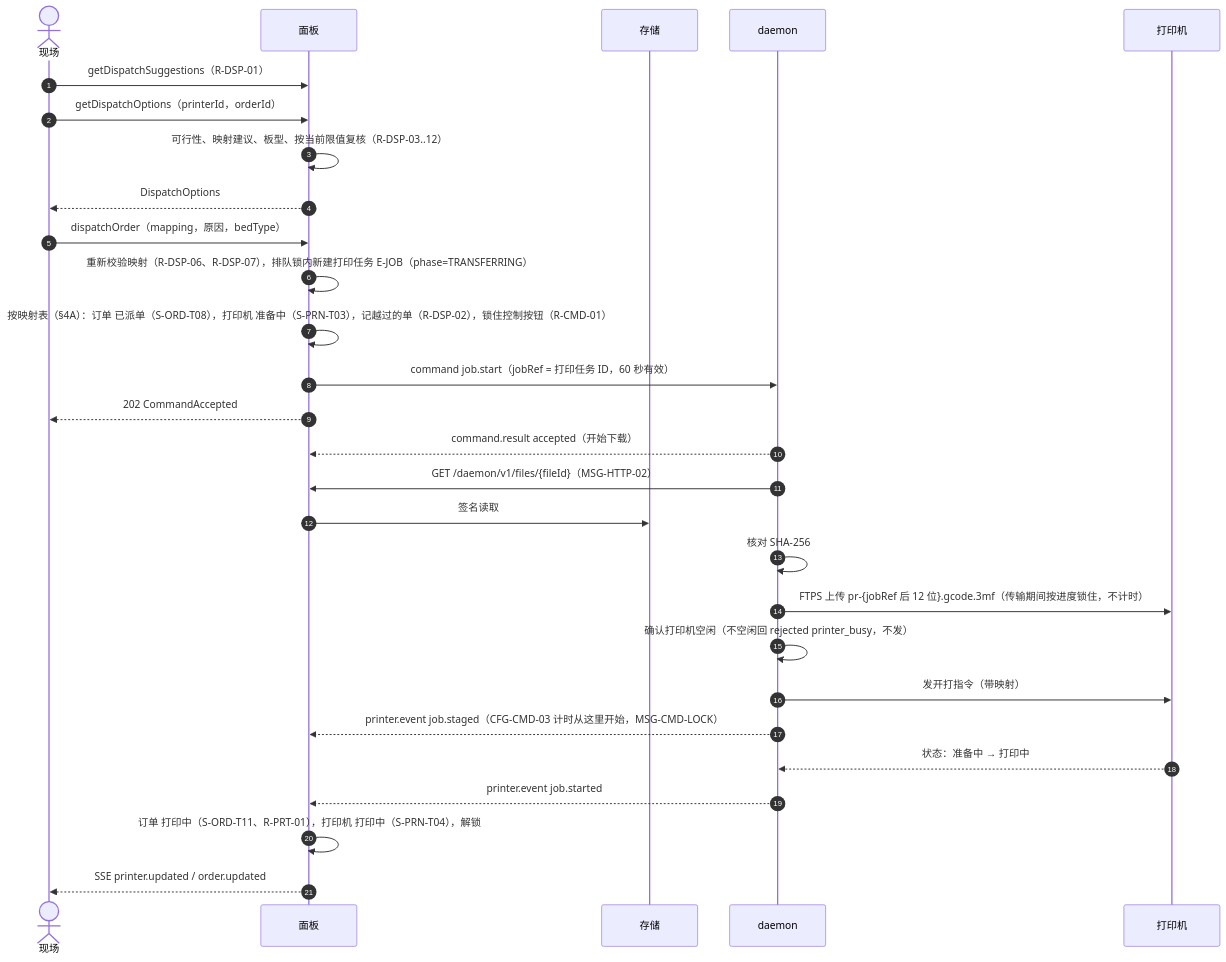
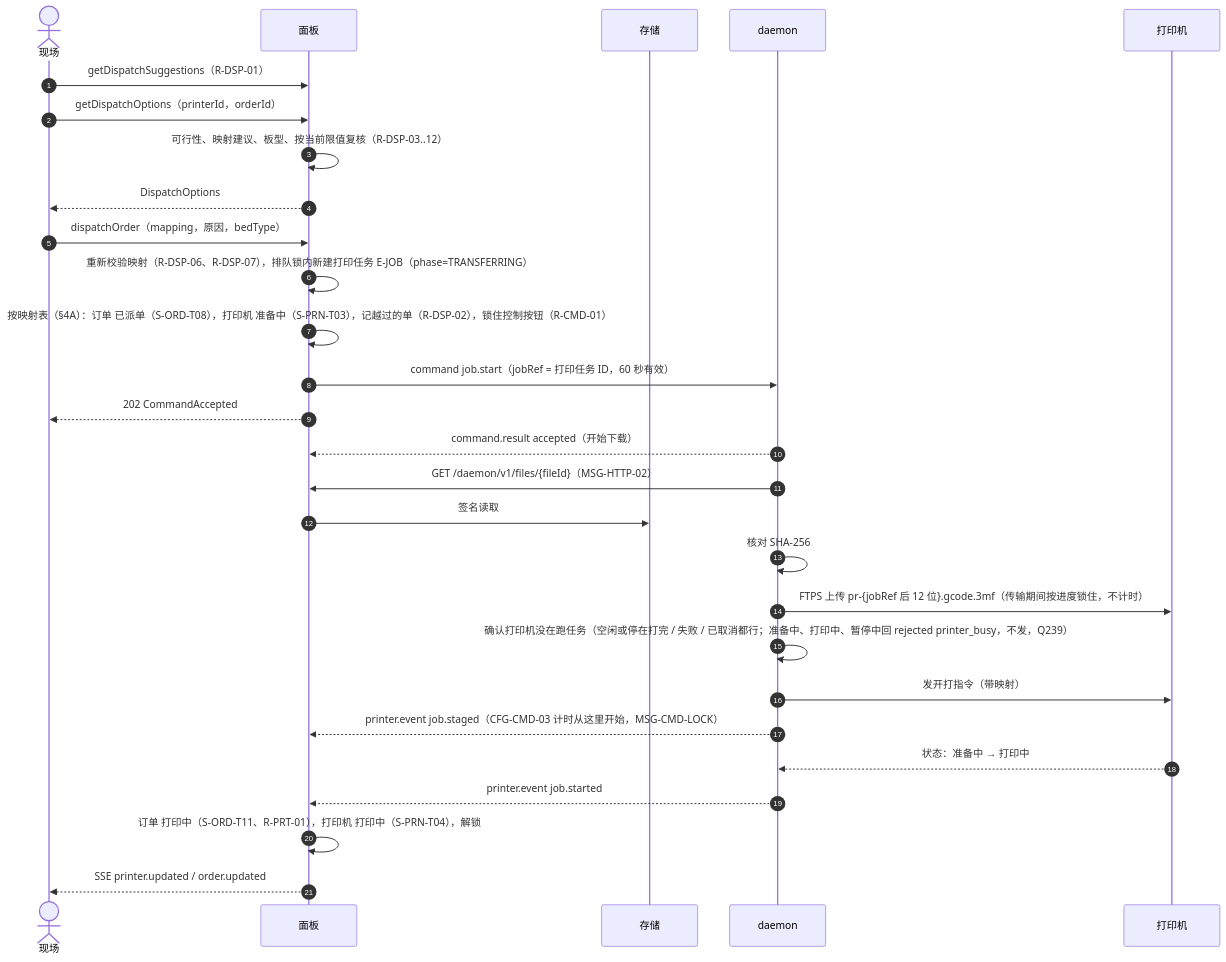
Before and after one commit to PlateRelay/PlateRelay: the third of 11 diagrams in docs/design/03-sequences.md, drawn with Mermaid. The commit also changed other lines of this file, not shown here.

First line of the commit message:
docs(design): update dispatch, fault, reconcile, and store sequences for prep pause and boot

````diff
--- a/docs/design/03-sequences.md
+++ b/docs/design/03-sequences.md
@@ -115,30 +115,30 @@
 ```mermaid
 sequenceDiagram
   autonumber
   actor S as 现场
   participant P as 面板
   participant O as 存储
   participant D as daemon
   participant R as 打印机
   S->>P: getDispatchSuggestions（R-DSP-01）
   S->>P: getDispatchOptions（printerId，orderId）
   P->>P: 可行性、映射建议、板型、按当前限值复核（R-DSP-03..12）
   P-->>S: DispatchOptions
   S->>P: dispatchOrder（mapping，原因，bedType）
   P->>P: 重新校验映射（R-DSP-06、R-DSP-07），排队锁内新建打印任务 E-JOB（phase=TRANSFERRING）
   P->>P: 按映射表（§4A）：订单 已派单（S-ORD-T08），打印机 准备中（S-PRN-T03），记越过的单（R-DSP-02），锁住控制按钮（R-CMD-01）
   P->>D: command job.start（jobRef = 打印任务 ID，60 秒有效）
   P-->>S: 202 CommandAccepted
   D-->>P: command.result accepted（开始下载）
   D->>P: GET /daemon/v1/files/{fileId}（MSG-HTTP-02）
   P->>O: 签名读取
   D->>D: 核对 SHA-256
   D->>R: FTPS 上传 pr-{jobRef 后 12 位}.gcode.3mf（传输期间按进度锁住，不计时）
-  D->>D: 确认打印机空闲（不空闲回 rejected printer_busy，不发）
+  D->>D: 确认打印机没在跑任务（空闲或停在打完 / 失败 / 已取消都行；准备中、打印中、暂停中回 rejected printer_busy，不发，Q239）
   D->>R: 发开打指令（带映射）
   D-->>P: printer.event job.staged（CFG-CMD-03 计时从这里开始，MSG-CMD-LOCK）
   R-->>D: 状态：准备中 → 打印中
   D-->>P: printer.event job.started
   P->>P: 订单 打印中（S-ORD-T11、R-PRT-01），打印机 打印中（S-PRN-T04），解锁
   P-->>S: SSE printer.updated / order.updated
 ```
````
